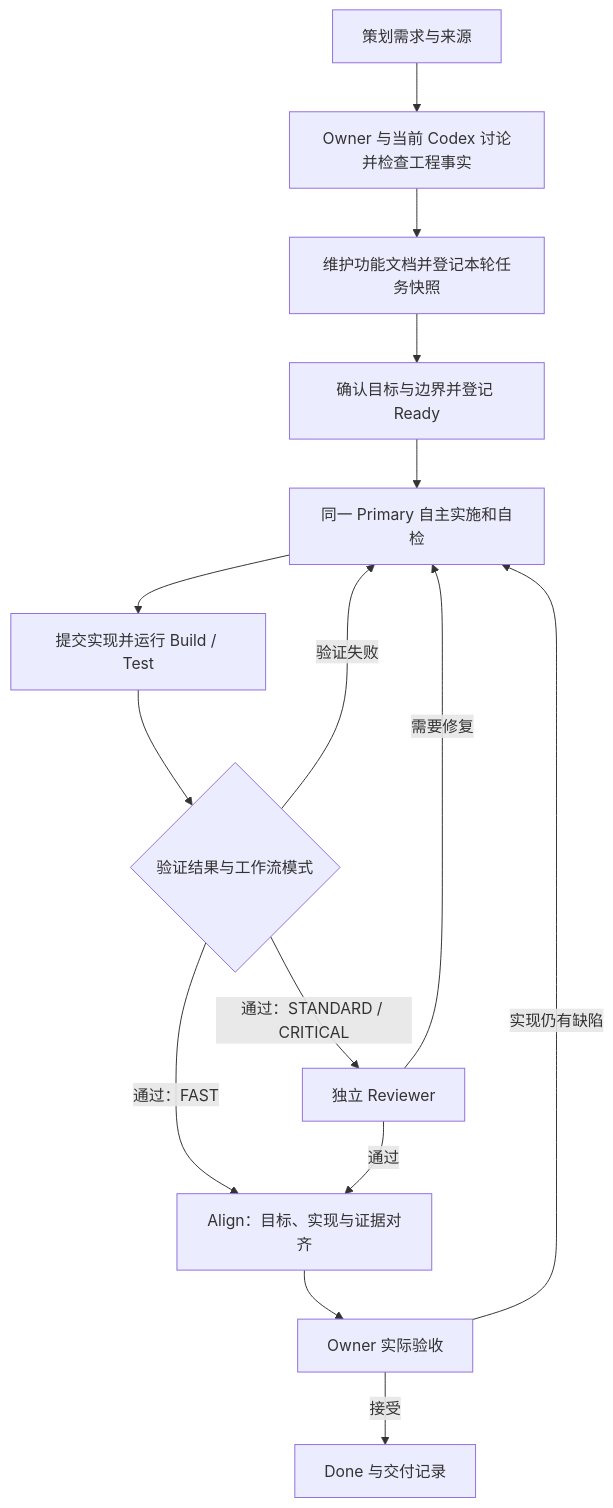
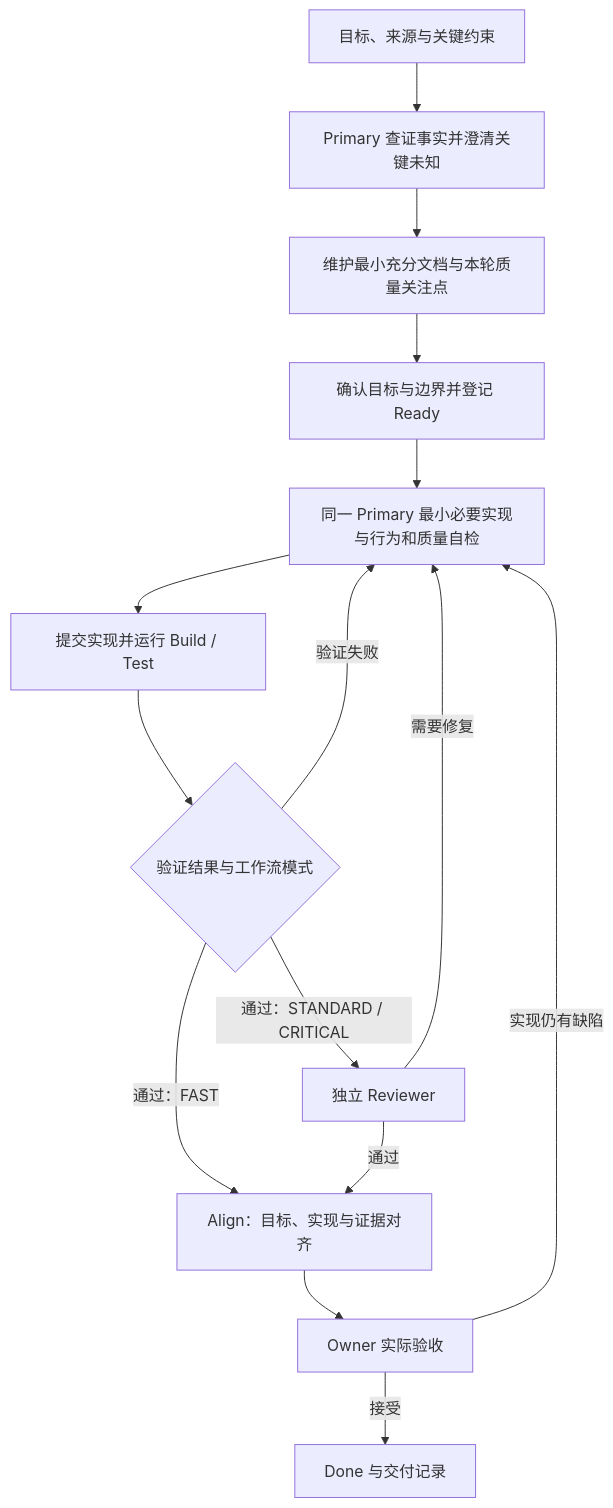
One commit to YIMO691/ares-ai-engineering-harness changed the diagram in docs/UNIFIED_WORKFLOW.md. Above: the diagram before and after it, drawn with Mermaid. The commit also changed other lines of this file and 10 other files, not shown here.

````diff
--- a/docs/UNIFIED_WORKFLOW.md
+++ b/docs/UNIFIED_WORKFLOW.md
@@ -32,17 +32,17 @@
 ```mermaid
 flowchart TD
-    A[策划需求与来源] --> B[Owner 与当前 Codex 讨论并检查工程事实]
-    B --> C[维护功能文档并登记本轮任务快照]
+    A[目标、来源与关键约束] --> B[Primary 查证事实并澄清关键未知]
+    B --> C[维护最小充分文档与本轮质量关注点]
     C --> D[确认目标与边界并登记 Ready]
-    D --> E[同一 Primary 自主实施和自检]
+    D --> E[同一 Primary 最小必要实现与行为和质量自检]
     E --> F[提交实现并运行 Build / Test]
     F --> G{验证结果与工作流模式}
     G -->|验证失败| E
     G -->|通过：STANDARD / CRITICAL| H[独立 Reviewer]
     G -->|通过：FAST| I[Align：目标、实现与证据对齐]
     H -->|需要修复| E
     H -->|通过| I
     I --> J[Owner 实际验收]
     J -->|接受| K[Done 与交付记录]
     J -->|实现仍有缺陷| E
 ```
````
